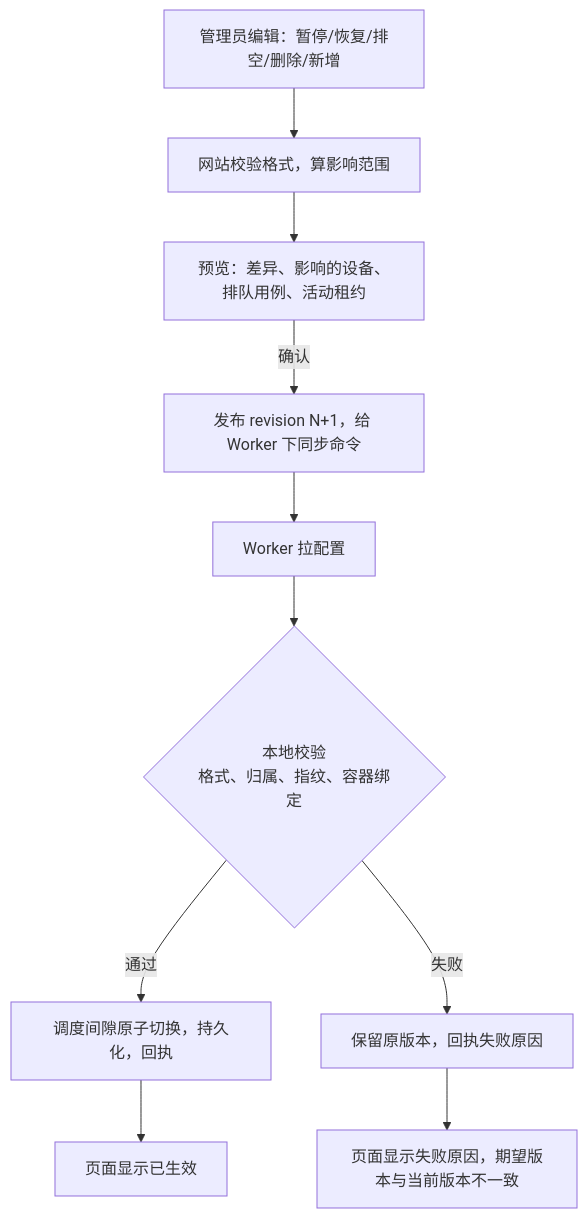
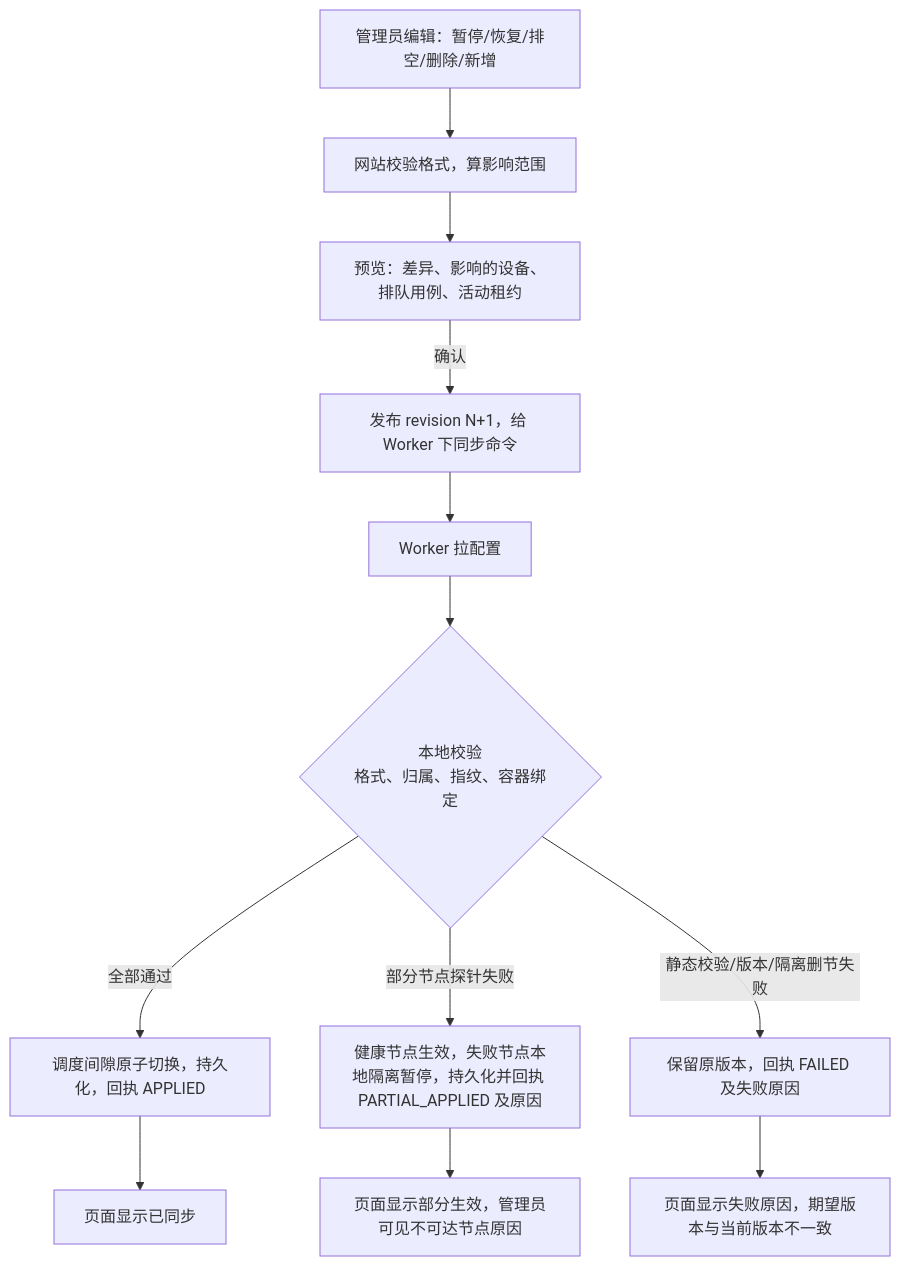
The seventh of 9 diagrams in control-center/docs/PRD.md (depeng1994/lite-actions), drawn with Mermaid before and after one commit. The commit also changed other lines of this file and 5 other files, not shown here.

````diff
--- a/control-center/docs/PRD.md
+++ b/control-center/docs/PRD.md
@@ -278,12 +278,14 @@
 ```mermaid
 flowchart TD
     A[管理员编辑：暂停/恢复/排空/删除/新增] --> B[网站校验格式，算影响范围]
     B --> C[预览：差异、影响的设备、排队用例、活动租约]
     C -->|确认| D[发布 revision N+1，给 Worker 下同步命令]
     D --> E[Worker 拉配置]
     E --> F{本地校验<br/>格式、归属、指纹、容器绑定}
-    F -->|通过| G[调度间隙原子切换，持久化，回执]
-    F -->|失败| H[保留原版本，回执失败原因]
-    G --> I[页面显示已生效]
+    F -->|全部通过| G[调度间隙原子切换，持久化，回执 APPLIED]
+    F -->|部分节点探针失败| P[健康节点生效，失败节点本地隔离暂停，持久化并回执 PARTIAL_APPLIED 及原因]
+    F -->|静态校验/版本/隔离删节失败| H[保留原版本，回执 FAILED 及失败原因]
+    G --> I[页面显示已同步]
+    P --> K[页面显示部分生效，管理员可见不可达节点原因]
     H --> J[页面显示失败原因，期望版本与当前版本不一致]
 ```
````
